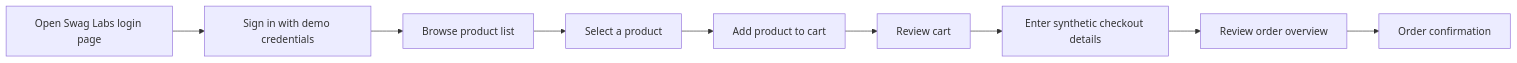
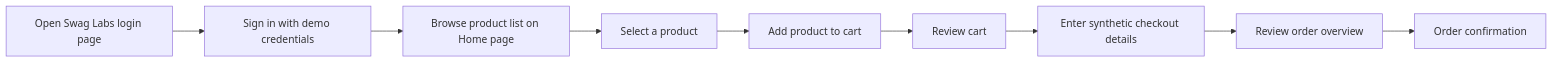
One commit to nhahub/NHA-5-215 changed the diagram in ui-ux-design.md. Above: the diagram before and after it, drawn with Mermaid. The commit also changed other lines of this file and 4 other files, not shown here.

````diff
--- a/ui-ux-design.md
+++ b/ui-ux-design.md
@@ -22,11 +21,11 @@
 ```mermaid
 flowchart LR
     A[Open Swag Labs login page] --> B[Sign in with demo credentials]
-    B --> C[Browse product list]
+    B --> C[Browse product list on Home page]
     C --> D[Select a product]
     D --> E[Add product to cart]
     E --> F[Review cart]
     F --> G[Enter synthetic checkout details]
     G --> H[Review order overview]
     H --> I[Order confirmation]
 ```
````
